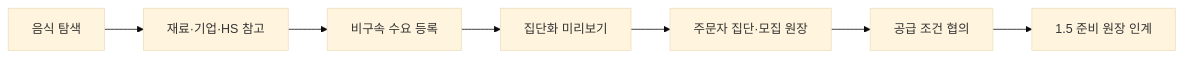
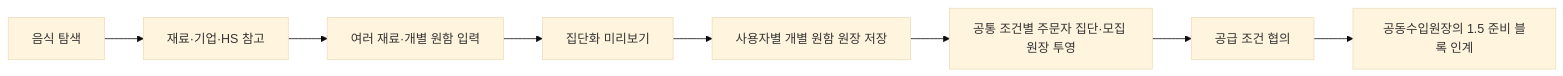
One commit to cheolwo/hongdal changed the diagram in docs/Versions/v0.0/focus-roadmap.md. Above: the diagram before and after it, drawn with Mermaid (base theme). The commit also changed other lines of this file and 153 other files, not shown here.

Commit message:
docs: align culture transport roadmap and page catalog

````diff
--- a/docs/Versions/v0.0/focus-roadmap.md
+++ b/docs/Versions/v0.0/focus-roadmap.md
@@ -23,9 +23,10 @@
 ```mermaid
 flowchart LR
     A["음식 탐색"] --> B["재료·기업·HS 참고"]
-    B --> C["비구속 수요 등록"]
+    B --> C["여러 재료·개별 원함 입력"]
     C --> D["집단화 미리보기"]
-    D --> E["주문자 집단·모집 원장"]
-    E --> F["공급 조건 협의"]
-    F --> G["1.5 준비 원장 인계"]
+    D --> E["사용자별 개별 원함 원장 저장"]
+    E --> F["공통 조건별 주문자 집단·모집 원장 투영"]
+    F --> G["공급 조건 협의"]
+    G --> H["공동수입원장의 1.5 준비 블록 인계"]
 ```
````
